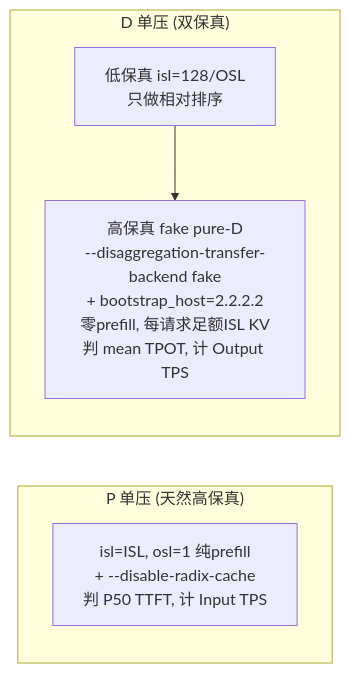
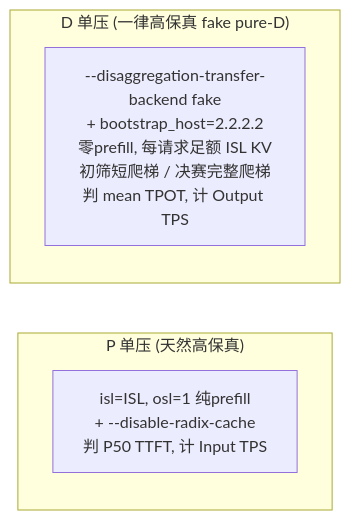
Before and after one commit to davilu-nvidia/pro5k_agentic_config_sweep: the second of 2 diagrams in PIPELINE.md, drawn with Mermaid. The commit also changed other lines of this file and 5 other files, not shown here.

````diff
--- a/PIPELINE.md
+++ b/PIPELINE.md
@@ -40,9 +40,9 @@
 ```mermaid
 flowchart LR
     subgraph P["P 单压 (天然高保真)"]
       P1["isl=ISL, osl=1 纯prefill<br/>+ --disable-radix-cache<br/>判 P50 TTFT, 计 Input TPS"]
     end
-    subgraph D["D 单压 (双保真)"]
-      D1["低保真 isl=128/OSL<br/>只做相对排序"] --> D2["高保真 fake pure-D<br/>--disaggregation-transfer-backend fake<br/>+ bootstrap_host=2.2.2.2<br/>零prefill, 每请求足额ISL KV<br/>判 mean TPOT, 计 Output TPS"]
+    subgraph D["D 单压 (一律高保真 fake pure-D)"]
+      D2["--disaggregation-transfer-backend fake<br/>+ bootstrap_host=2.2.2.2<br/>零prefill, 每请求足额 ISL KV<br/>初筛短爬梯 / 决赛完整爬梯<br/>判 mean TPOT, 计 Output TPS"]
     end
 ```
````
